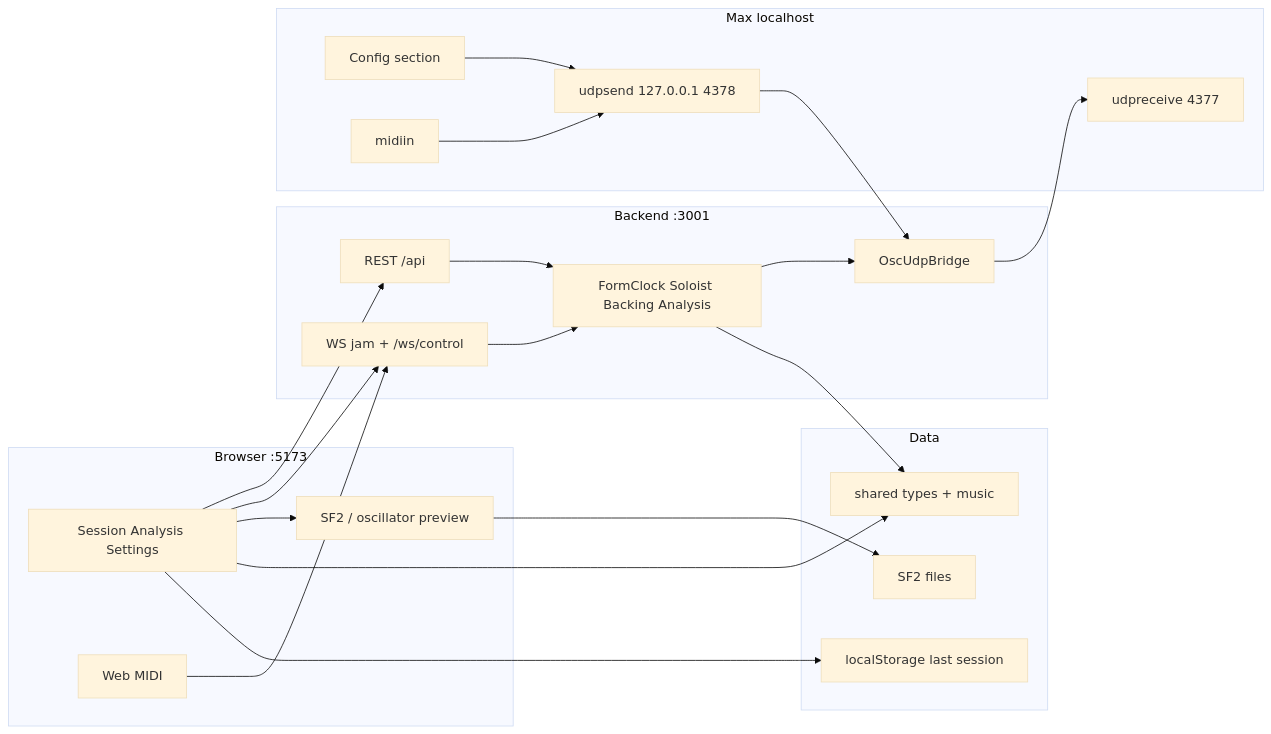
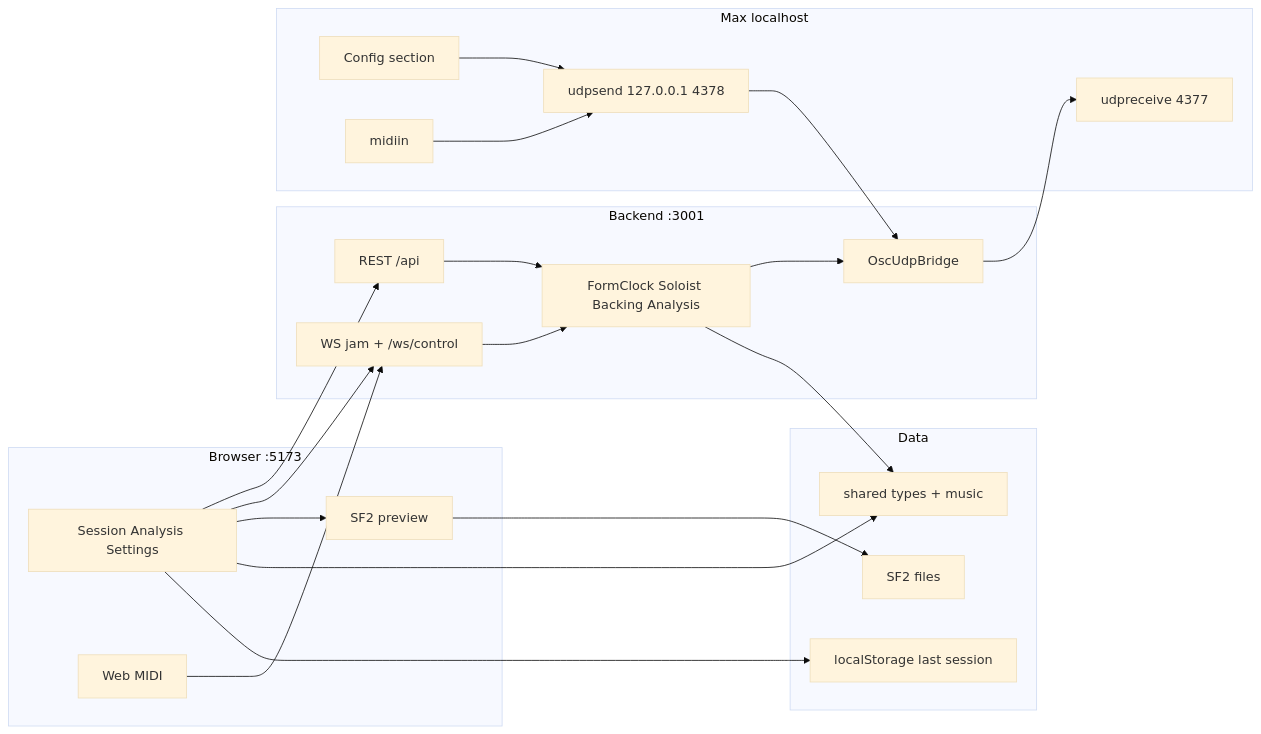
One commit to patricksullivan123411223344/music-gen-repo changed the diagram in README.md. Above: the diagram before and after it, drawn with Mermaid (base theme). The commit also changed other lines of this file and 15 other files, not shown here.

````diff
--- a/README.md
+++ b/README.md
@@ -85,41 +85,41 @@
 ```mermaid
 flowchart LR
   subgraph browser [Browser :5173]
     UI[Session Analysis Settings]
-    SF2[SF2 / oscillator preview]
+    SF2[SF2 preview]
     WebMIDI[Web MIDI]
   end
   subgraph backend [Backend :3001]
     REST[REST /api]
     WS[WS jam + /ws/control]
     Brain[FormClock Soloist Backing Analysis]
     OSC[OscUdpBridge]
     REST --> Brain
     WS --> Brain
     Brain --> OSC
   end
   subgraph maxapp [Max localhost]
     Rx["udpreceive 4377"]
     Tx["udpsend 127.0.0.1 4378"]
     Cfg[Config section]
     HW[midiin]
   end
   subgraph data [Data]
     Shared[shared types + music]
     LS[localStorage last session]
     SFFiles[SF2 files]
   end
 
   UI --> REST
   UI --> WS
   UI --> SF2
   WebMIDI --> WS
   SF2 --> SFFiles
   UI --> Shared
   Brain --> Shared
   UI --> LS
   OSC --> Rx
   Tx --> OSC
   Cfg --> Tx
   HW --> Tx
 ```
````
